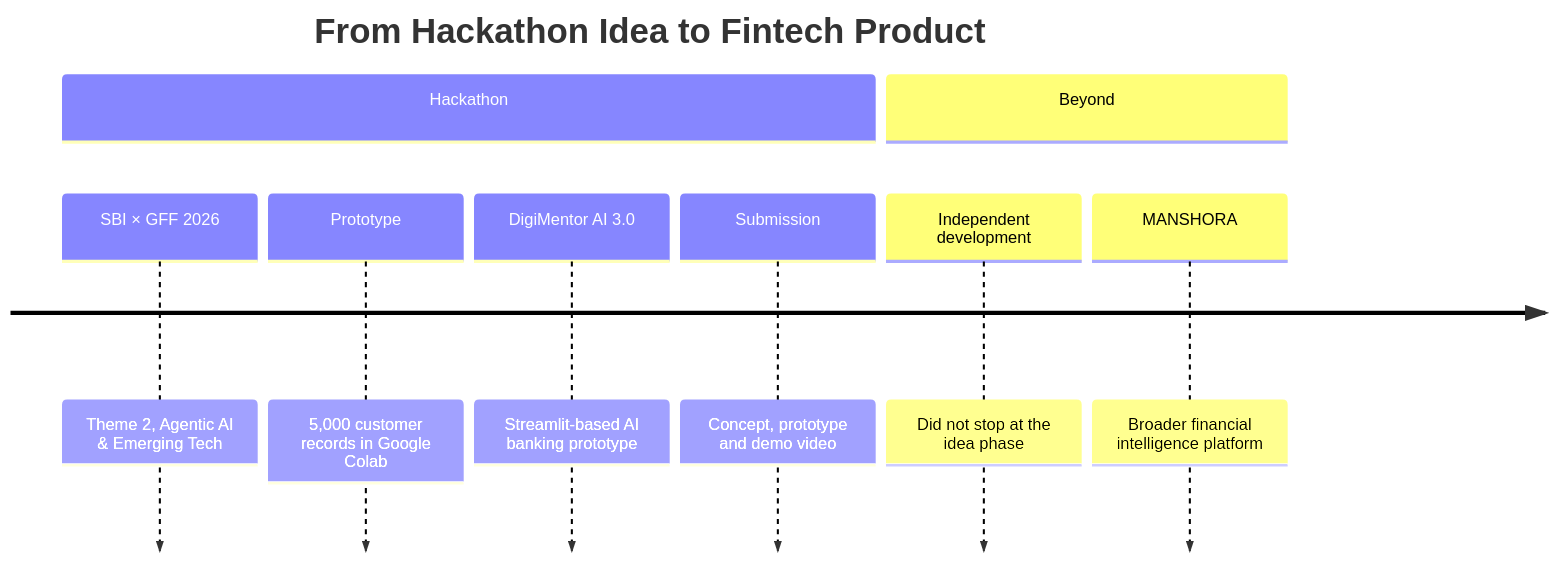
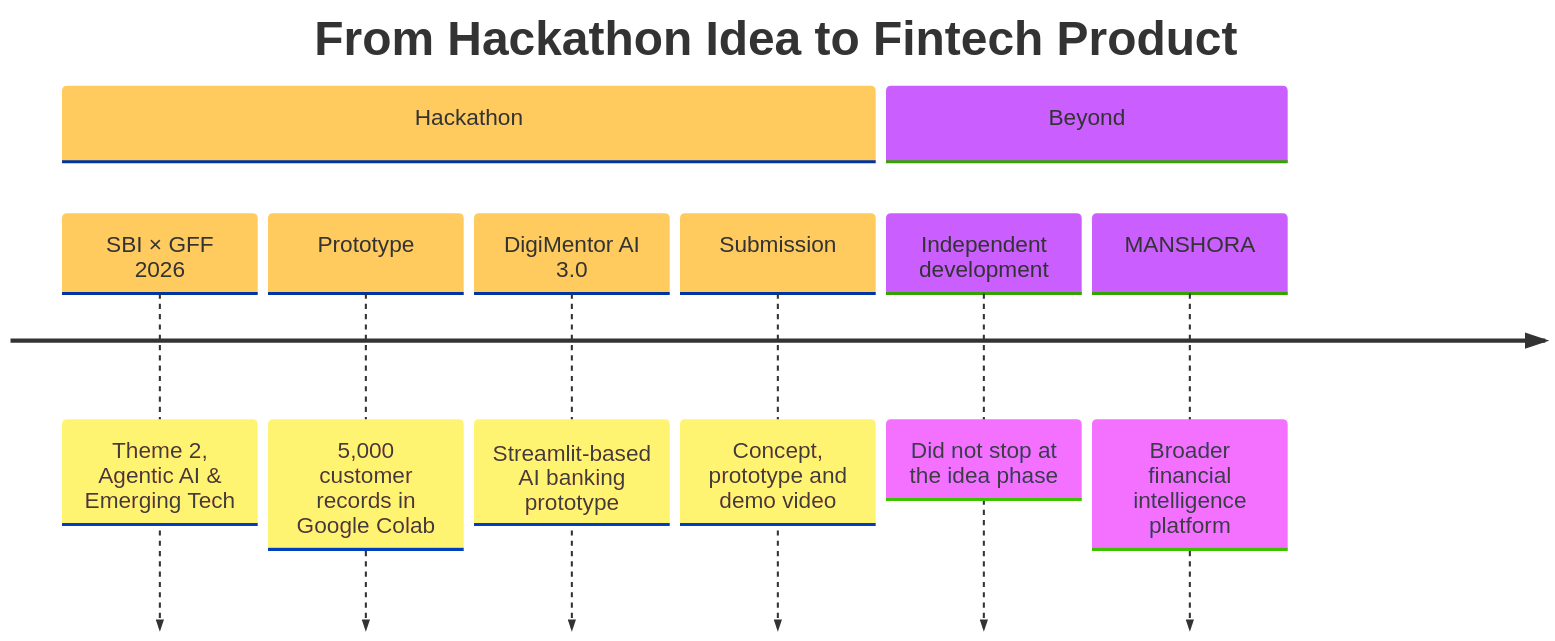
The second of 16 diagrams in README.md (Mansi232323/MANSHORA), drawn with Mermaid before and after one commit. The commit also changed other lines of this file, not shown here.

````diff
--- a/README.md
+++ b/README.md
@@ -74,12 +129,13 @@
 ```mermaid
+%%{init: {'theme':'base','themeVariables':{'fontSize':'22px','fontFamily':'Segoe UI, Arial'}}}%%
 timeline
     title From Hackathon Idea to Fintech Product
     section Hackathon
         SBI × GFF 2026 : Theme 2, Agentic AI & Emerging Tech
         Prototype : 5,000 customer records in Google Colab
         DigiMentor AI 3.0 : Streamlit-based AI banking prototype
         Submission : Concept, prototype and demo video
     section Beyond
         Independent development : Did not stop at the idea phase
         MANSHORA : Broader financial intelligence platform
 ```
````
